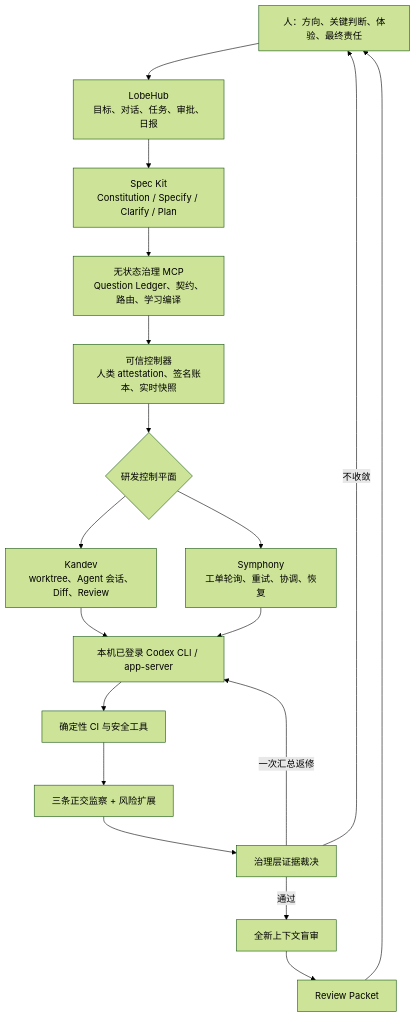
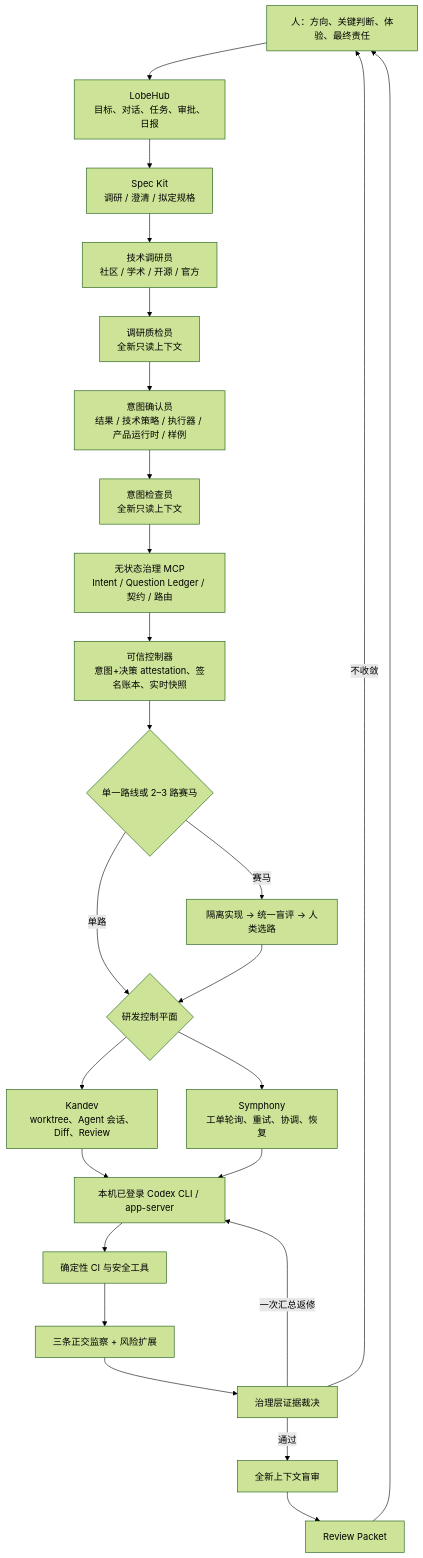
One commit to WXD7/codex-dev-orchestrator changed the first of 7 diagrams in docs/ARCHITECTURE.md. Above: the diagram before and after it, drawn with Mermaid (forest theme). The commit also changed other lines of this file and 47 other files, not shown here.

````diff
--- a/docs/ARCHITECTURE.md
+++ b/docs/ARCHITECTURE.md
@@ -7,19 +7,26 @@
 ```mermaid
 flowchart TB
     H[人：方向、关键判断、体验、最终责任] --> L[LobeHub<br/>目标、对话、任务、审批、日报]
-    L --> S[Spec Kit<br/>Constitution / Specify / Clarify / Plan]
-    S --> G[无状态治理 MCP<br/>Question Ledger、契约、路由、学习编译]
-    G --> T[可信控制器<br/>人类 attestation、签名账本、实时快照]
-    T --> D{研发控制平面}
+    L --> S[Spec Kit<br/>调研 / 澄清 / 拟定规格]
+    S --> Q[技术调研员<br/>社区 / 学术 / 开源 / 官方]
+    Q --> U[调研质检员<br/>全新只读上下文]
+    U --> I[意图确认员<br/>结果 / 技术策略 / 执行器 / 产品运行时 / 样例]
+    I --> X[意图检查员<br/>全新只读上下文]
+    X --> G[无状态治理 MCP<br/>Intent / Question Ledger / 契约 / 路由]
+    G --> T[可信控制器<br/>意图+决策 attestation、签名账本、实时快照]
+    T --> Z{单一路线或 2–3 路赛马}
+    Z -->|赛马| E[隔离实现 → 统一盲评 → 人类选路]
+    Z -->|单路| D{研发控制平面}
+    E --> D
     D --> K[Kandev<br/>worktree、Agent 会话、Diff、Review]
     D --> Y[Symphony<br/>工单轮询、重试、协调、恢复]
     K & Y --> C[本机已登录 Codex CLI / app-server]
     C --> CI[确定性 CI 与安全工具]
     CI --> V[三条正交监察 + 风险扩展]
     V --> A[治理层证据裁决]
     A -->|一次汇总返修| C
     A -->|通过| F[全新上下文盲审]
     A -->|不收敛| H
     F --> R[Review Packet]
     R --> H
 ```
````
